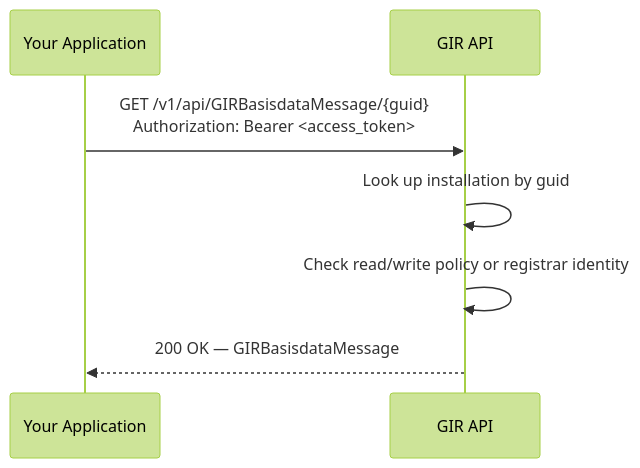
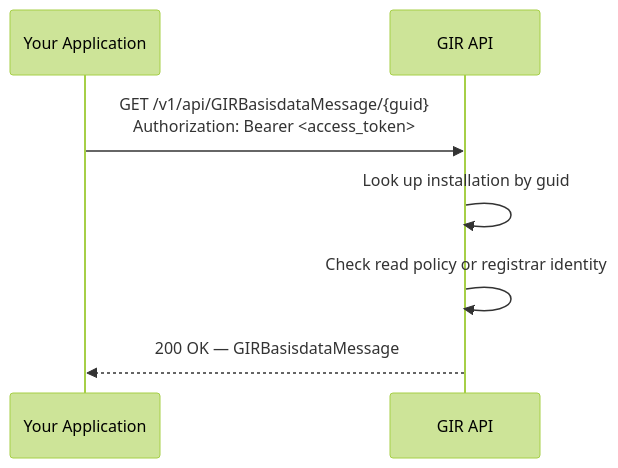
Before and after one commit to POORT8/Poort8.Docs: the diagram in gir/retrieve-installation.md, drawn with Mermaid (forest theme). The commit also changed other lines of this file and 2 other files, not shown here.

Commit message:
Deploy gir docs: c92c508a2838edbe907672a892a24f585964821e

````diff
--- a/gir/retrieve-installation.md
+++ b/gir/retrieve-installation.md
@@ -16,10 +16,10 @@
 ```mermaid
 sequenceDiagram
     participant App as Your Application
     participant GIR as GIR API
 
     App->>GIR: GET /v1/api/GIRBasisdataMessage/{guid}<br/>Authorization: Bearer <access_token>
     GIR->>GIR: Look up installation by guid
-    GIR->>GIR: Check read/write policy or registrar identity
+    GIR->>GIR: Check read policy or registrar identity
     GIR-->>App: 200 OK — GIRBasisdataMessage
 ```
````
